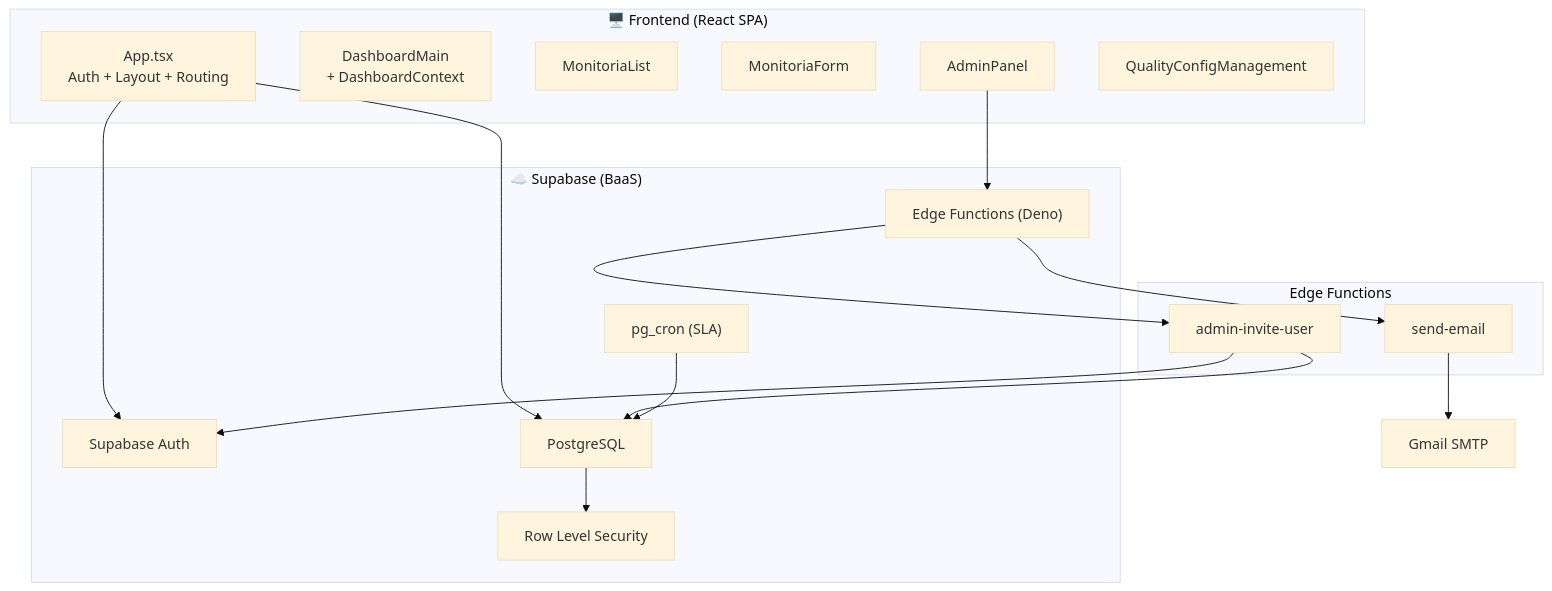
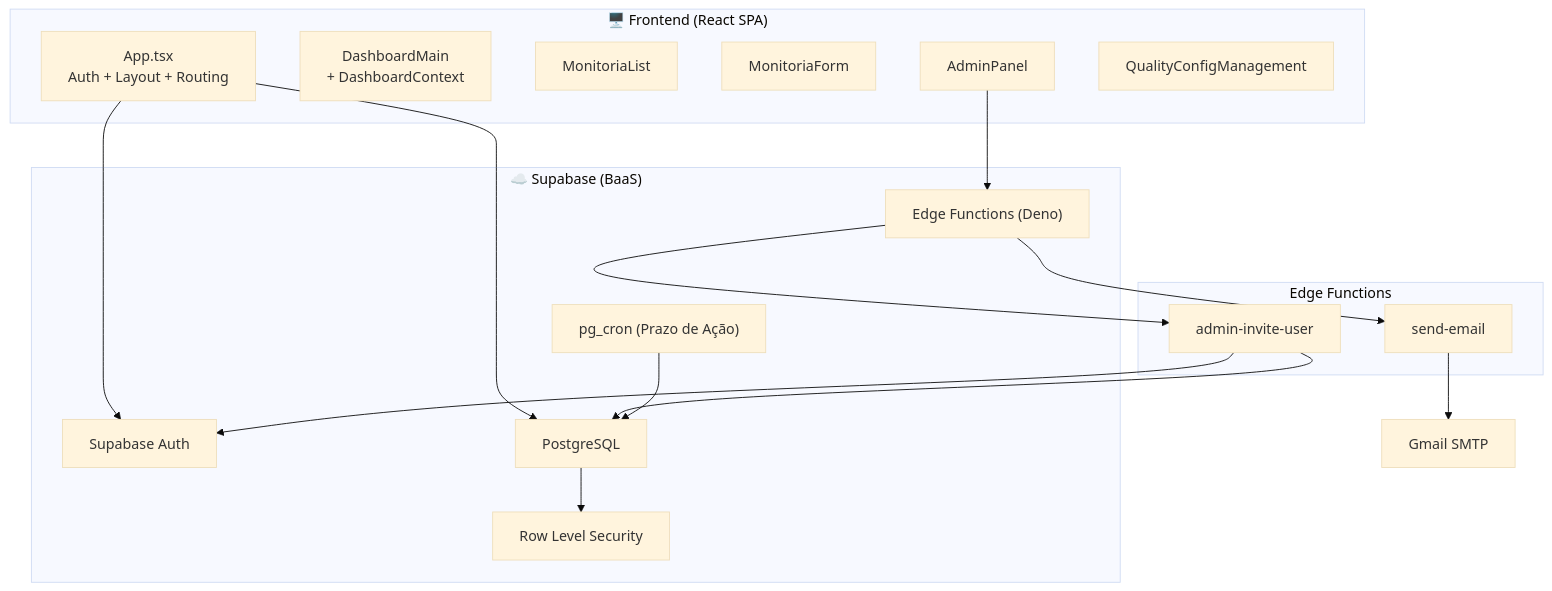
Before and after one commit to allanscode/QualiTrack: the first of 3 diagrams in docs/architecture/system-overview.md, drawn with Mermaid (base theme). The commit also changed other lines of this file and 60 other files, not shown here.

````diff
--- a/docs/architecture/system-overview.md
+++ b/docs/architecture/system-overview.md
@@ -9,35 +9,35 @@
 ```mermaid
 graph TB
     subgraph Cliente ["🖥️ Frontend (React SPA)"]
         App["App.tsx<br/>Auth + Layout + Routing"]
         Dashboard["DashboardMain<br/>+ DashboardContext"]
         MonList["MonitoriaList"]
         MonForm["MonitoriaForm"]
         Admin["AdminPanel"]
         QConfig["QualityConfigManagement"]
     end
 
     subgraph Supabase ["☁️ Supabase (BaaS)"]
         Auth["Supabase Auth"]
         DB["PostgreSQL"]
         Edge["Edge Functions (Deno)"]
         RLS["Row Level Security"]
-        Cron["pg_cron (SLA)"]
+        Cron["pg_cron (Prazo de Ação)"]
     end
 
     subgraph EdgeFuncs ["Edge Functions"]
         InviteUser["admin-invite-user"]
         SendEmail["send-email"]
     end
 
     App --> Auth
     App --> DB
     Admin --> Edge
     Edge --> InviteUser
     Edge --> SendEmail
     InviteUser --> Auth
     InviteUser --> DB
     SendEmail --> SMTP["Gmail SMTP"]
     Cron --> DB
     DB --> RLS
 ```
````
